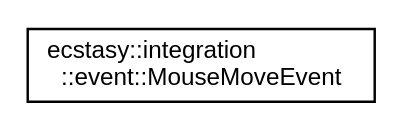
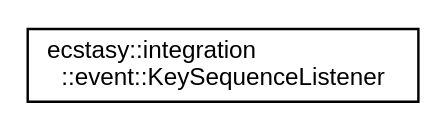
Before and after one commit to AndreasLrx/ecstasy: the diagram in inherit_graph_20.dot, drawn with Graphviz. The commit also changed 382 other files, not shown here.

```diff
--- a/inherit_graph_20.dot
+++ b/inherit_graph_20.dot
@@ -1,8 +1,8 @@
 digraph "Graphical Class Hierarchy"
 {
  // LATEX_PDF_SIZE
   edge [fontname="Helvetica",fontsize="10",labelfontname="Helvetica",labelfontsize="10"];
   node [fontname="Helvetica",fontsize="10",shape=record];
   rankdir="LR";
-  Node0 [label="ecstasy::integration\l::event::MouseMoveEvent",height=0.2,width=0.4,color="black", fillcolor="white", style="filled",URL="$structecstasy_1_1integration_1_1event_1_1_mouse_move_event.html",tooltip="Event describing when the mouse move."];
+  Node0 [label="ecstasy::integration\l::event::KeySequenceListener",height=0.2,width=0.4,color="black", fillcolor="white", style="filled",URL="$classecstasy_1_1integration_1_1event_1_1_key_sequence_listener.html",tooltip="Listener of a key sequence."];
 }
```
